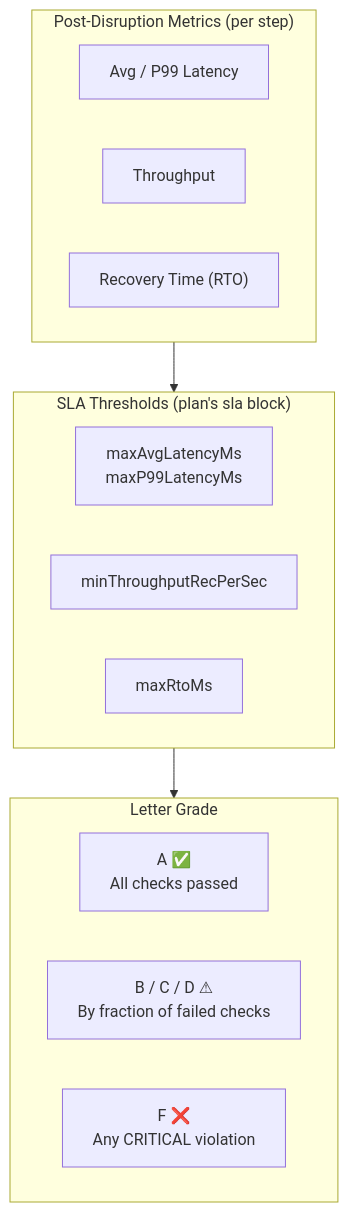
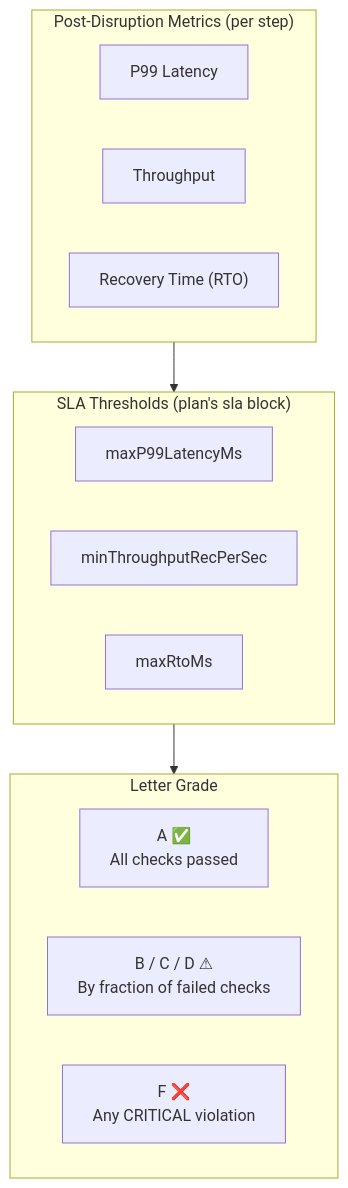
One commit to actions-marketplace-validations/bmscomp_kates changed the seventh of 9 diagrams in docs/book/07-chaos-practice.md. Above: the diagram before and after it, drawn with Mermaid. The commit also changed other lines of this file and 9 other files, not shown here.

````diff
--- a/docs/book/07-chaos-practice.md
+++ b/docs/book/07-chaos-practice.md
@@ -435,23 +435,23 @@
 ```mermaid
 graph TD
     subgraph Metrics["Post-Disruption Metrics (per step)"]
-        M1[Avg / P99 Latency]
+        M1[P99 Latency]
         M2[Throughput]
         M4["Recovery Time (RTO)"]
     end
     
     subgraph Thresholds["SLA Thresholds (plan's sla block)"]
-        T1[maxAvgLatencyMs<br/>maxP99LatencyMs]
+        T1[maxP99LatencyMs]
         T2[minThroughputRecPerSec]
         T4[maxRtoMs]
     end
     
     subgraph Verdict["Letter Grade"]
         A["A ✅<br/>All checks passed"]
         BCD["B / C / D ⚠<br/>By fraction of failed checks"]
         F["F ❌<br/>Any CRITICAL violation"]
     end
     
     Metrics --> Thresholds
     Thresholds --> Verdict
 ```
````
